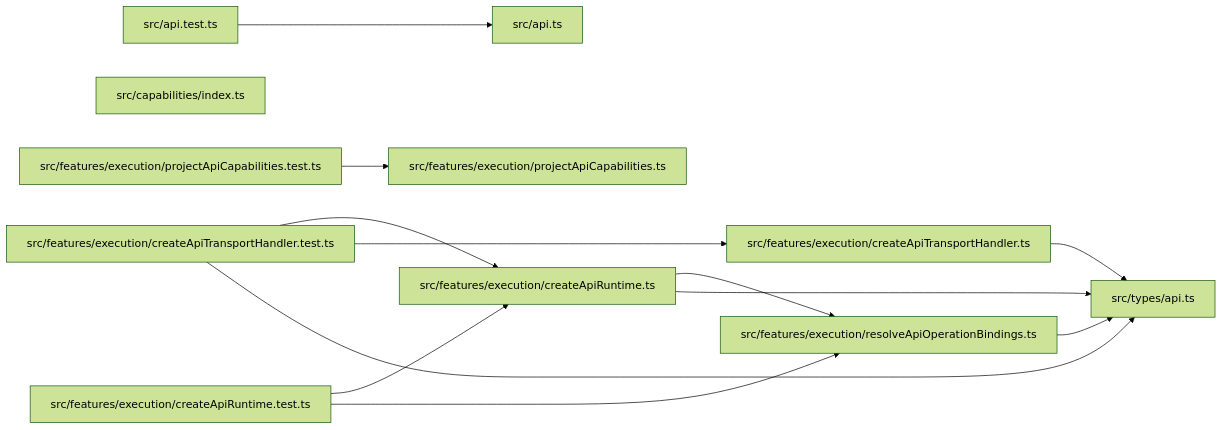
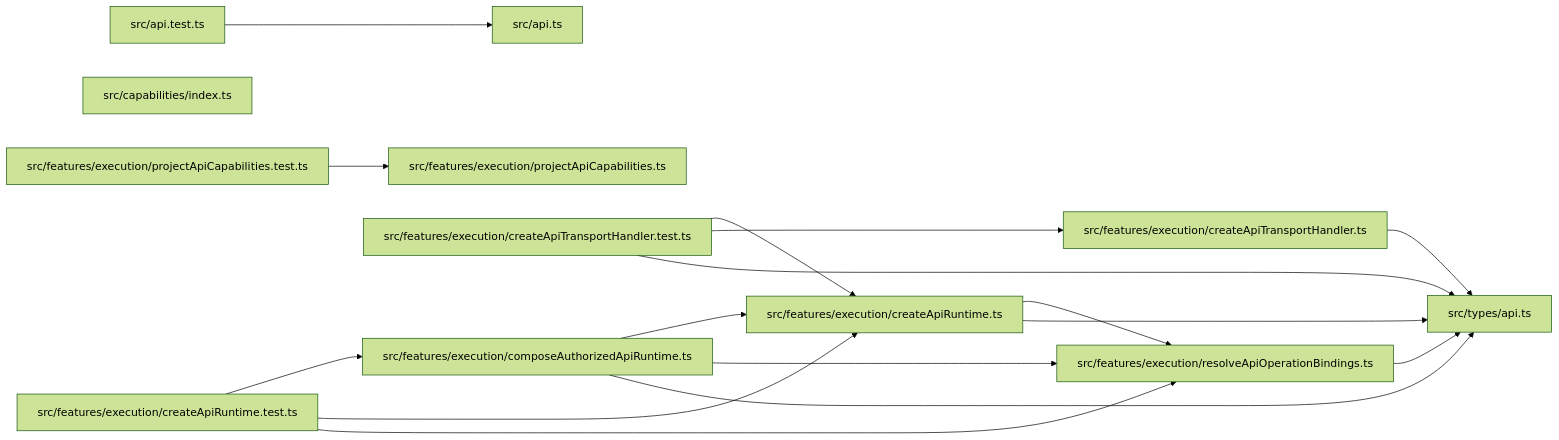
One commit to ankhorage/api changed the diagram in paradox/diagrams/module-relationships.mmd. Above: the diagram before and after it, drawn with Mermaid (forest theme). The commit also changed 12 other files, not shown here.

```diff
--- a/paradox/diagrams/module-relationships.mmd
+++ b/paradox/diagrams/module-relationships.mmd
@@ -1,23 +1,28 @@
 graph LR
   module_src_api_test_ts["src/api.test.ts"]
   module_src_api_ts["src/api.ts"]
   module_src_capabilities_index_ts["src/capabilities/index.ts"]
+  module_src_features_execution_composeAuthorizedApiRuntime_ts["src/features/execution/composeAuthorizedApiRuntime.ts"]
   module_src_features_execution_createApiRuntime_test_ts["src/features/execution/createApiRuntime.test.ts"]
   module_src_features_execution_createApiRuntime_ts["src/features/execution/createApiRuntime.ts"]
   module_src_features_execution_createApiTransportHandler_test_ts["src/features/execution/createApiTransportHandler.test.ts"]
   module_src_features_execution_createApiTransportHandler_ts["src/features/execution/createApiTransportHandler.ts"]
   module_src_features_execution_projectApiCapabilities_test_ts["src/features/execution/projectApiCapabilities.test.ts"]
   module_src_features_execution_projectApiCapabilities_ts["src/features/execution/projectApiCapabilities.ts"]
   module_src_features_execution_resolveApiOperationBindings_ts["src/features/execution/resolveApiOperationBindings.ts"]
   module_src_types_api_ts["src/types/api.ts"]
   module_src_api_test_ts --> module_src_api_ts
+  module_src_features_execution_composeAuthorizedApiRuntime_ts --> module_src_features_execution_createApiRuntime_ts
+  module_src_features_execution_composeAuthorizedApiRuntime_ts --> module_src_features_execution_resolveApiOperationBindings_ts
+  module_src_features_execution_composeAuthorizedApiRuntime_ts --> module_src_types_api_ts
+  module_src_features_execution_createApiRuntime_test_ts --> module_src_features_execution_composeAuthorizedApiRuntime_ts
   module_src_features_execution_createApiRuntime_test_ts --> module_src_features_execution_createApiRuntime_ts
   module_src_features_execution_createApiRuntime_test_ts --> module_src_features_execution_resolveApiOperationBindings_ts
   module_src_features_execution_createApiRuntime_ts --> module_src_features_execution_resolveApiOperationBindings_ts
   module_src_features_execution_createApiRuntime_ts --> module_src_types_api_ts
   module_src_features_execution_createApiTransportHandler_test_ts --> module_src_features_execution_createApiRuntime_ts
   module_src_features_execution_createApiTransportHandler_test_ts --> module_src_features_execution_createApiTransportHandler_ts
   module_src_features_execution_createApiTransportHandler_test_ts --> module_src_types_api_ts
   module_src_features_execution_createApiTransportHandler_ts --> module_src_types_api_ts
   module_src_features_execution_projectApiCapabilities_test_ts --> module_src_features_execution_projectApiCapabilities_ts
   module_src_features_execution_resolveApiOperationBindings_ts --> module_src_types_api_ts
```
